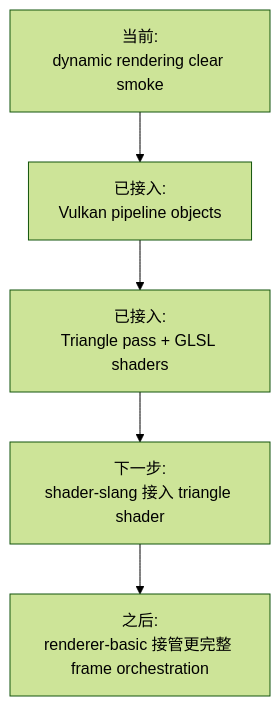
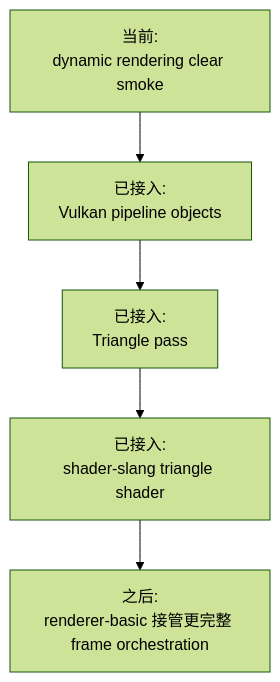
One commit to 66six11/Engine changed the ninth of 9 diagrams in docs/flow-architecture.md. Above: the diagram before and after it, drawn with Mermaid (forest theme). The commit also changed other lines of this file and 11 other files, not shown here.

Commit message:
Move triangle shader build to shader-slang

````diff
--- a/docs/flow-architecture.md
+++ b/docs/flow-architecture.md
@@ -259,10 +259,10 @@
 ```mermaid
 flowchart TD
     Now["当前:<br/>dynamic rendering clear smoke"]
     Step1["已接入:<br/>Vulkan pipeline objects"]
-    Step2["已接入:<br/>Triangle pass + GLSL shaders"]
-    Step3["下一步:<br/>shader-slang 接入 triangle shader"]
+    Step2["已接入:<br/>Triangle pass"]
+    Step3["已接入:<br/>shader-slang triangle shader"]
     Step4["之后:<br/>renderer-basic 接管更完整 frame orchestration"]
 
     Now --> Step1 --> Step2 --> Step3 --> Step4
 ```
````
